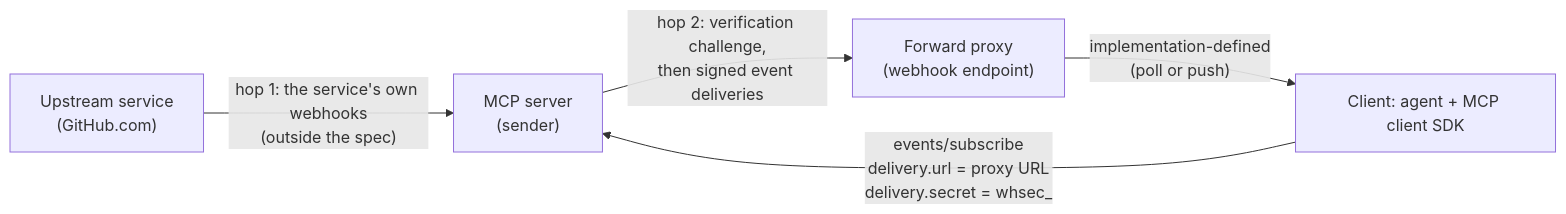
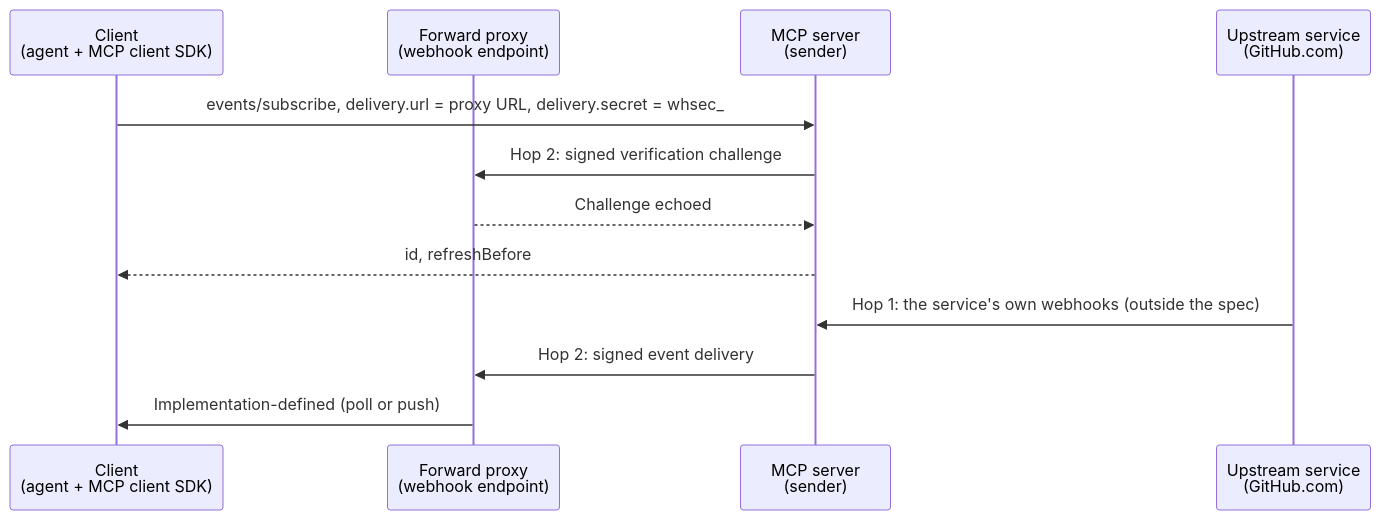
One commit to hookdeck/hookdeck-demos changed the first of 3 diagrams in hookdeck/mcp-events-receive/docs/PLAN.md. Above: the diagram before and after it, drawn with Mermaid. The commit also changed other lines of this file and 1 other file, not shown here.

First line of the commit message:
docs(mcp-events-receive): draw the forward proxy between the agent and the server

````diff
--- a/hookdeck/mcp-events-receive/docs/PLAN.md
+++ b/hookdeck/mcp-events-receive/docs/PLAN.md
@@ -101,11 +101,14 @@
 ```mermaid
-flowchart LR
-    UP["Upstream service<br>(GitHub.com)"]
-    SRV["MCP server<br>(sender)"]
-    PX["Forward proxy<br>(webhook endpoint)"]
-    CL["Client: agent + MCP client SDK"]
-    UP -- "hop 1: the service's own webhooks<br>(outside the spec)" --> SRV
-    CL -- "events/subscribe<br>delivery.url = proxy URL<br>delivery.secret = whsec_" --> SRV
-    SRV -- "hop 2: verification challenge,<br>then signed event deliveries" --> PX
-    PX -- "implementation-defined<br>(poll or push)" --> CL
+sequenceDiagram
+    participant CL as Client<br>(agent + MCP client SDK)
+    participant PX as Forward proxy<br>(webhook endpoint)
+    participant SRV as MCP server<br>(sender)
+    participant UP as Upstream service<br>(GitHub.com)
+    CL->>SRV: events/subscribe, delivery.url = proxy URL, delivery.secret = whsec_
+    SRV->>PX: Hop 2: signed verification challenge
+    PX-->>SRV: Challenge echoed
+    SRV-->>CL: id, refreshBefore
+    UP->>SRV: Hop 1: the service's own webhooks (outside the spec)
+    SRV->>PX: Hop 2: signed event delivery
+    PX->>CL: Implementation-defined (poll or push)
 ```
````
